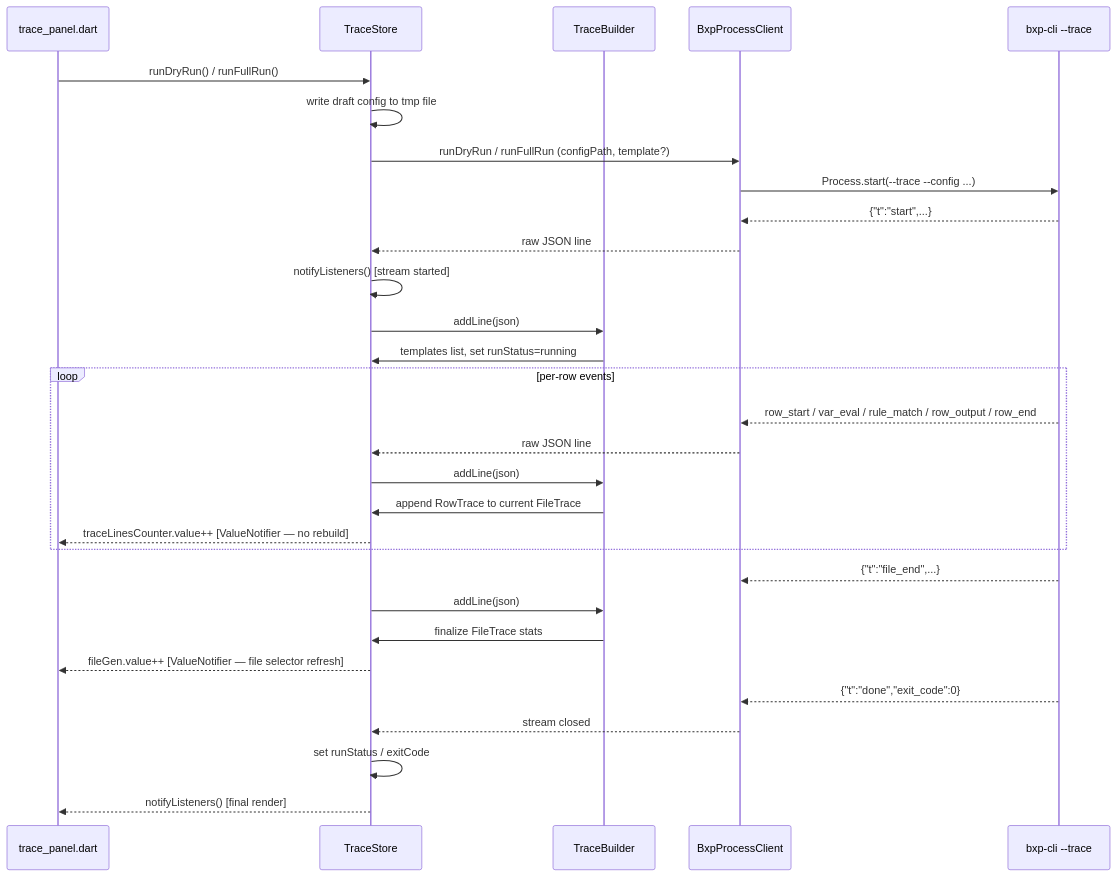
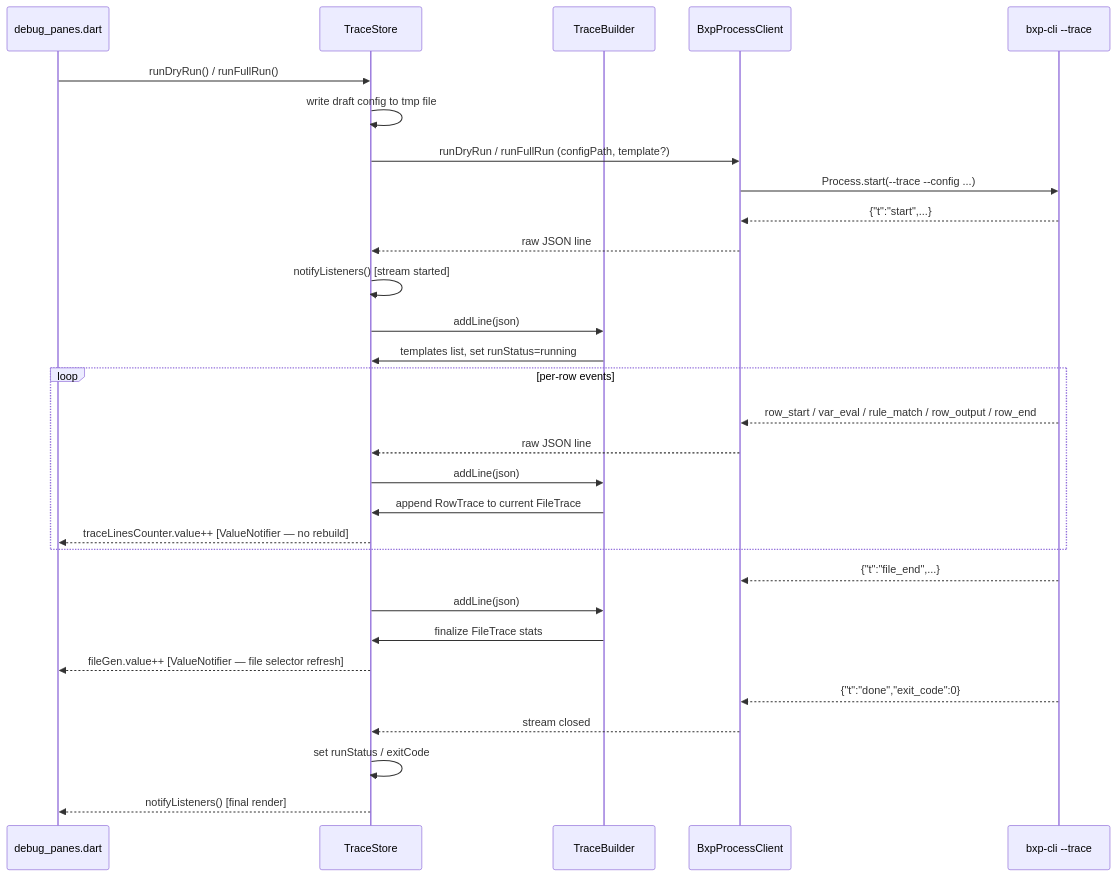
The seventh of 15 diagrams in docs/architecture.md (zaxified/bxp), drawn with Mermaid before and after one commit. The commit also changed other lines of this file and 6 other files, not shown here.

First line of the commit message:
docs: refresh prose + diagrams against current code reality

````diff
--- a/docs/architecture.md
+++ b/docs/architecture.md
@@ -473,33 +473,33 @@
 ```mermaid
 sequenceDiagram
-    participant UI as trace_panel.dart
+    participant UI as debug_panes.dart
     participant TS as TraceStore
     participant TB as TraceBuilder
     participant BPC as BxpProcessClient
     participant CLI as bxp-cli --trace
 
     UI->>TS: runDryRun() / runFullRun()
     TS->>TS: write draft config to tmp file
     TS->>BPC: runDryRun / runFullRun (configPath, template?)
     BPC->>CLI: Process.start(--trace --config ...)
     CLI-->>BPC: {"t":"start",...}
     BPC-->>TS: raw JSON line
     TS->>TS: notifyListeners() [stream started]
     TS->>TB: addLine(json)
     TB->>TS: templates list, set runStatus=running
     loop per-row events
         CLI-->>BPC: row_start / var_eval / rule_match / row_output / row_end
         BPC-->>TS: raw JSON line
         TS->>TB: addLine(json)
         TB->>TS: append RowTrace to current FileTrace
         TS-->>UI: traceLinesCounter.value++ [ValueNotifier — no rebuild]
     end
     CLI-->>BPC: {"t":"file_end",...}
     TS->>TB: addLine(json)
     TB->>TS: finalize FileTrace stats
     TS-->>UI: fileGen.value++ [ValueNotifier — file selector refresh]
     CLI-->>BPC: {"t":"done","exit_code":0}
     BPC-->>TS: stream closed
     TS->>TS: set runStatus / exitCode
     TS-->>UI: notifyListeners() [final render]
 ```
````
